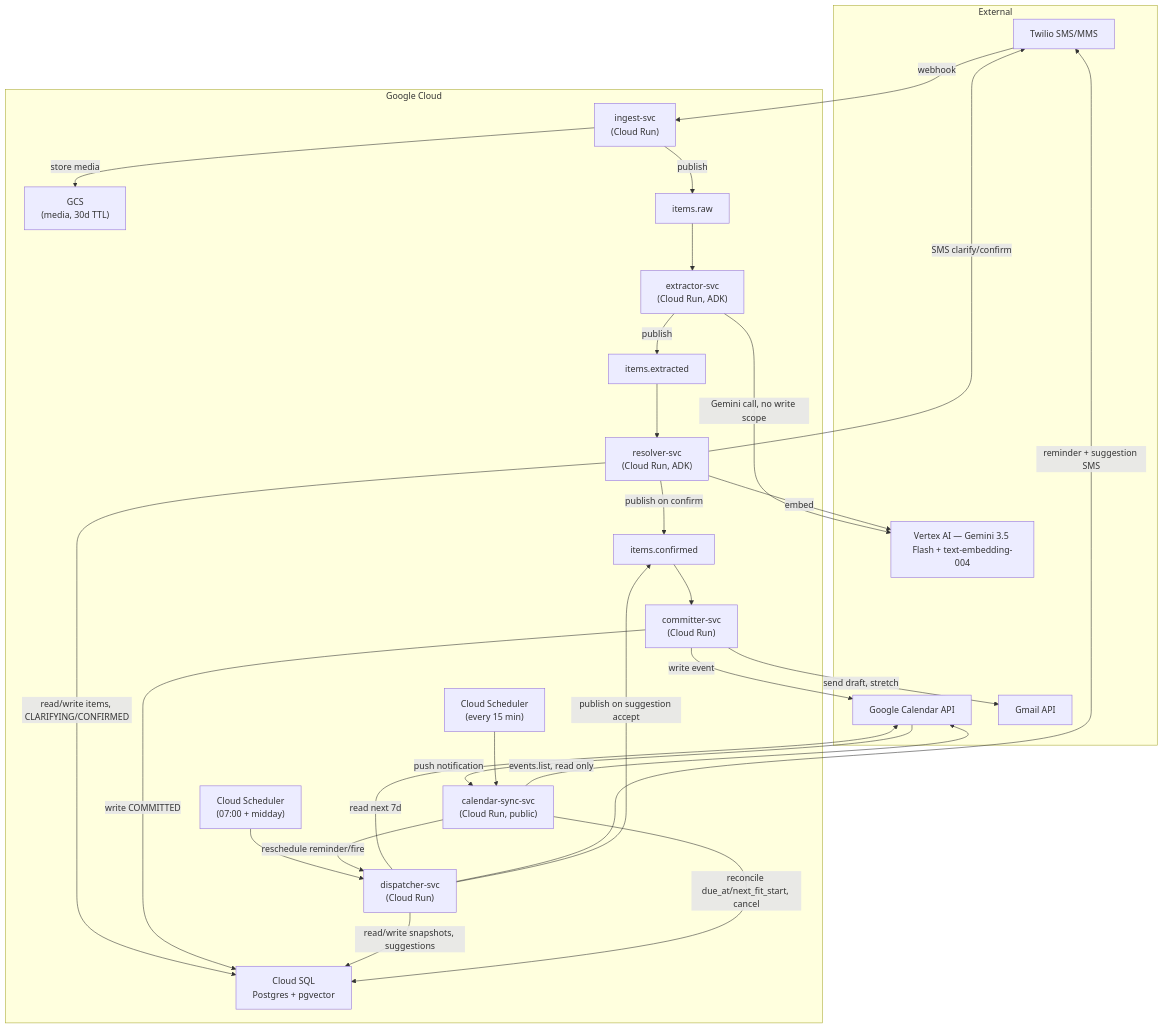
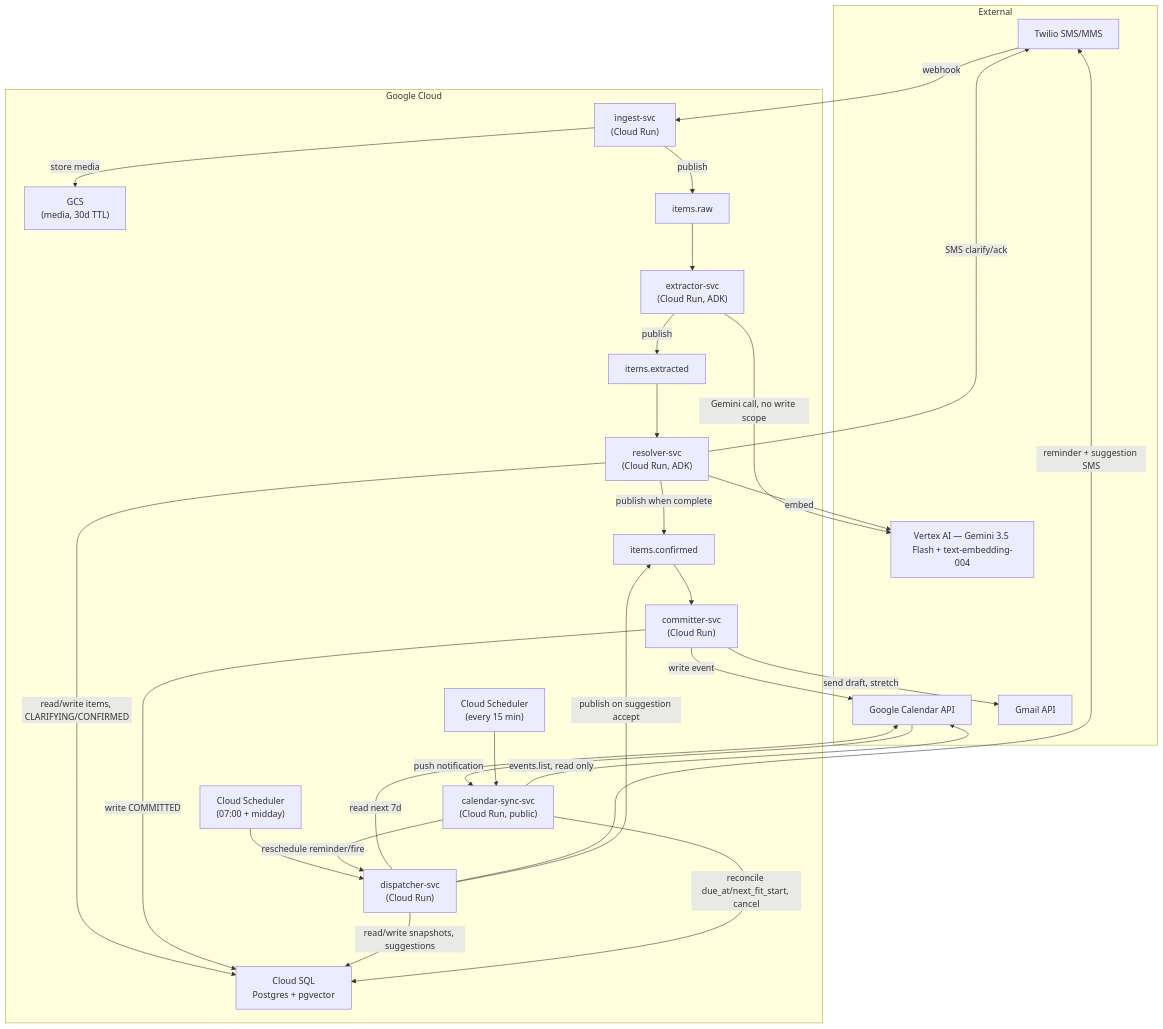
The first of 2 diagrams in docs/architecture/overview.md (IzaanQaiser/bet), drawn with Mermaid before and after one commit. The commit also changed other lines of this file and 14 other files, not shown here.

Commit message:
docs: align architecture with v1 conversational flow

````diff
--- a/docs/architecture/overview.md
+++ b/docs/architecture/overview.md
@@ -32,54 +32,54 @@
 ```mermaid
 flowchart TB
     subgraph ext["External"]
         twilio["Twilio SMS/MMS"]
         gcal["Google Calendar API"]
         gmail["Gmail API"]
         vertex["Vertex AI — Gemini 3.5 Flash + text-embedding-004"]
     end
 
     subgraph gcp["Google Cloud"]
         ingest["ingest-svc\n(Cloud Run)"]
         extractor["extractor-svc\n(Cloud Run, ADK)"]
         resolver["resolver-svc\n(Cloud Run, ADK)"]
         committer["committer-svc\n(Cloud Run)"]
         dispatcher["dispatcher-svc\n(Cloud Run)"]
         calsync["calendar-sync-svc\n(Cloud Run, public)"]
         scheduler["Cloud Scheduler\n(07:00 + midday)"]
         calscheduler["Cloud Scheduler\n(every 15 min)"]
         gcs["GCS\n(media, 30d TTL)"]
         sql["Cloud SQL\nPostgres + pgvector"]
 
         t1["items.raw"]
         t2["items.extracted"]
         t3["items.confirmed"]
     end
 
     twilio -->|webhook| ingest
     ingest -->|store media| gcs
     ingest -->|publish| t1
     t1 --> extractor
     extractor -->|Gemini call, no write scope| vertex
     extractor -->|publish| t2
     t2 --> resolver
     resolver -->|embed| vertex
     resolver -->|read/write items, CLARIFYING/CONFIRMED| sql
-    resolver -->|SMS clarify/confirm| twilio
-    resolver -->|publish on confirm| t3
+    resolver -->|SMS clarify/ack| twilio
+    resolver -->|publish when complete| t3
     t3 --> committer
     committer -->|write event| gcal
     committer -->|send draft, stretch| gmail
     committer -->|write COMMITTED| sql
 
     scheduler --> dispatcher
     dispatcher -->|read next 7d| gcal
     dispatcher -->|read/write snapshots, suggestions| sql
     dispatcher -->|reminder + suggestion SMS| twilio
     dispatcher -->|publish on suggestion accept| t3
 
     gcal -->|push notification| calsync
     calscheduler --> calsync
     calsync -->|events.list, read only| gcal
     calsync -->|reconcile due_at/next_fit_start, cancel| sql
     calsync -->|reschedule reminder/fire| dispatcher
 ```
````
